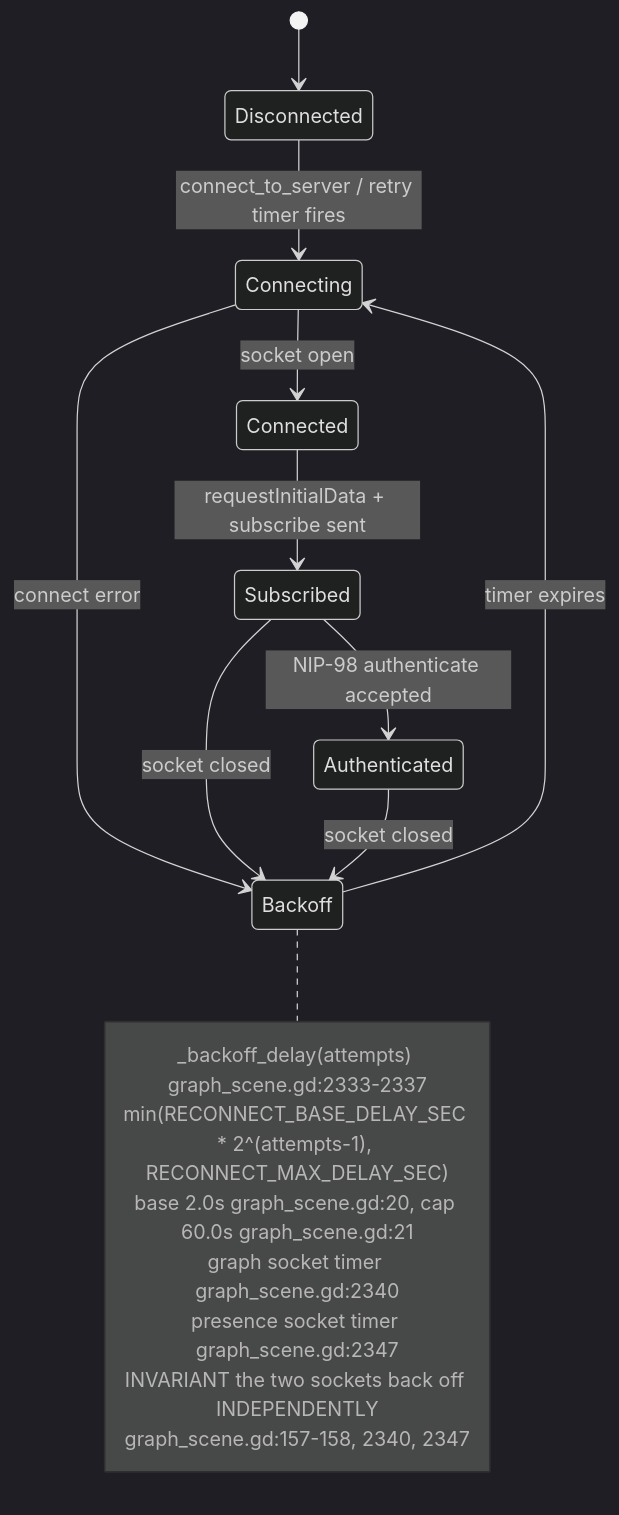
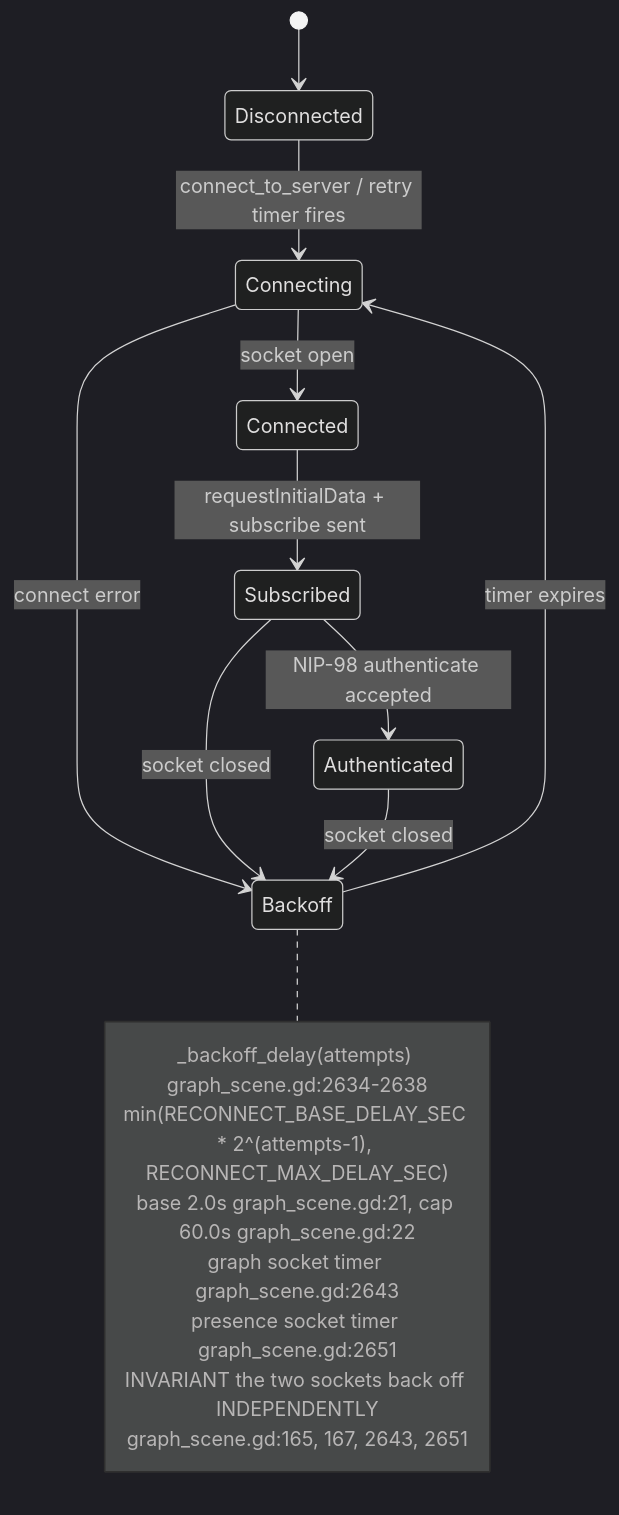
The fourth of 24 diagrams in docs/diagrams/visionclaw/36-godot-xr-client.md (DreamLab-AI/VisionFlow), drawn with Mermaid (dark theme) before and after one commit. The commit also changed other lines of this file and 32 other files, not shown here.

````diff
--- a/docs/diagrams/visionclaw/36-godot-xr-client.md
+++ b/docs/diagrams/visionclaw/36-godot-xr-client.md
@@ -204,21 +213,21 @@
 ```mermaid
 stateDiagram-v2
     [*] --> Disconnected
     Disconnected --> Connecting: connect_to_server / retry timer fires
     Connecting --> Connected: socket open
     Connecting --> Backoff: connect error
     Connected --> Subscribed: requestInitialData + subscribe sent
     Subscribed --> Authenticated: NIP-98 authenticate accepted
     Subscribed --> Backoff: socket closed
     Authenticated --> Backoff: socket closed
     Backoff --> Connecting: timer expires
     note right of Backoff
-        _backoff_delay(attempts) graph_scene.gd:2333-2337
+        _backoff_delay(attempts) graph_scene.gd:2634-2638
         min(RECONNECT_BASE_DELAY_SEC * 2^(attempts-1), RECONNECT_MAX_DELAY_SEC)
-        base 2.0s graph_scene.gd:20, cap 60.0s graph_scene.gd:21
-        graph socket timer graph_scene.gd:2340
-        presence socket timer graph_scene.gd:2347
+        base 2.0s graph_scene.gd:21, cap 60.0s graph_scene.gd:22
+        graph socket timer graph_scene.gd:2643
+        presence socket timer graph_scene.gd:2651
         INVARIANT the two sockets back off INDEPENDENTLY
-        graph_scene.gd:157-158, 2340, 2347
+        graph_scene.gd:165, 167, 2643, 2651
     end note
 ```
````
